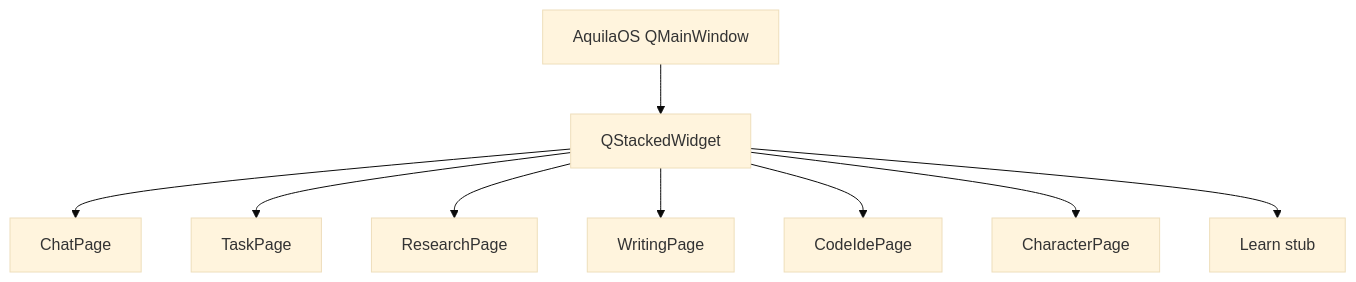
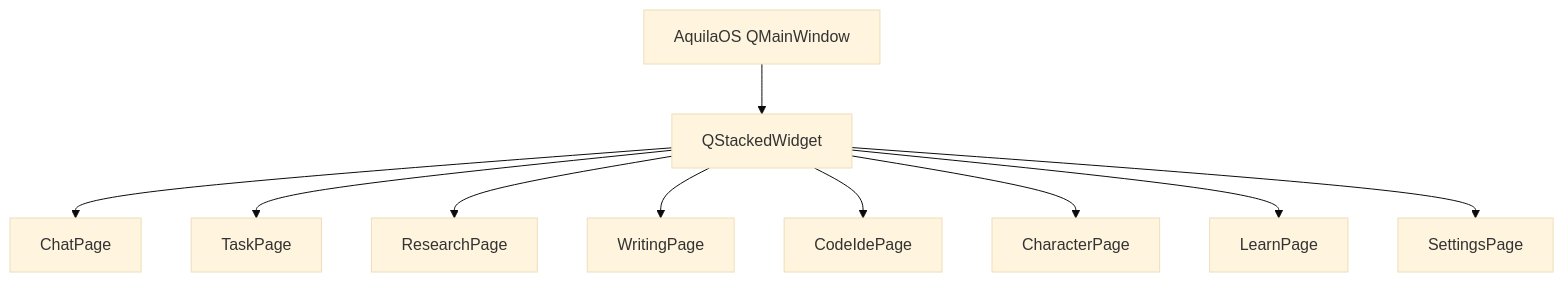
Before and after one commit to Xydra01/AquilaAI: the third of 3 diagrams in ARCHITECTURE.md, drawn with Mermaid (base theme). The commit also changed other lines of this file and 528 other files, not shown here.

````diff
--- a/ARCHITECTURE.md
+++ b/ARCHITECTURE.md
@@ -710,13 +754,14 @@
 ```mermaid
 flowchart TB
     Main[AquilaOS QMainWindow]
     Stack[QStackedWidget]
     Main --> Stack
     Stack --> ChatPage[ChatPage]
     Stack --> TaskPage[TaskPage]
     Stack --> ResearchPage[ResearchPage]
     Stack --> WritingPage[WritingPage]
     Stack --> CodeIDE[CodeIdePage]
     Stack --> CharacterPage[CharacterPage]
-    Stack --> LearnStub[Learn stub]
+    Stack --> LearnPage[LearnPage]
+    Stack --> SettingsPage[SettingsPage]
 ```
````
